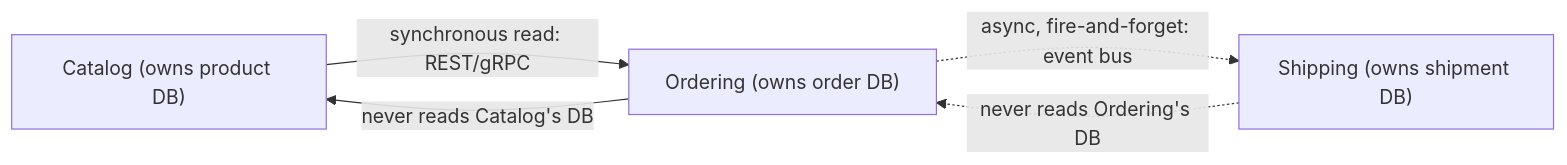
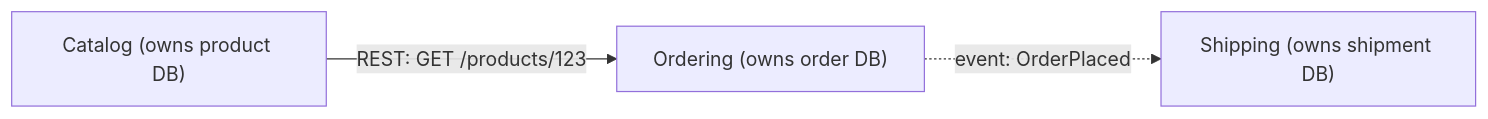
One commit to mayurjp/dev-blog changed the first of 2 diagrams in _posts/2025-07-26-service-decomposition-and-bounded-contexts.md. Above: the diagram before and after it, drawn with Mermaid. The commit also changed other lines of this file and 27 other files, not shown here.

````diff
--- a/_posts/2025-07-26-service-decomposition-and-bounded-contexts.md
+++ b/_posts/2025-07-26-service-decomposition-and-bounded-contexts.md
@@ -57,10 +38,8 @@
 ```mermaid
 flowchart LR
     Catalog["Catalog (owns product DB)"]
     Ordering["Ordering (owns order DB)"]
     Shipping["Shipping (owns shipment DB)"]
-    Catalog -- "synchronous read: REST/gRPC" --> Ordering
-    Ordering -- "never reads Catalog's DB" --> Catalog
-    Ordering -. "async, fire-and-forget: event bus" .-> Shipping
-    Shipping -. "never reads Ordering's DB" .-> Ordering
+    Catalog -- "REST: GET /products/123" --> Ordering
+    Ordering -. "event: OrderPlaced" .-> Shipping
 ```
````
